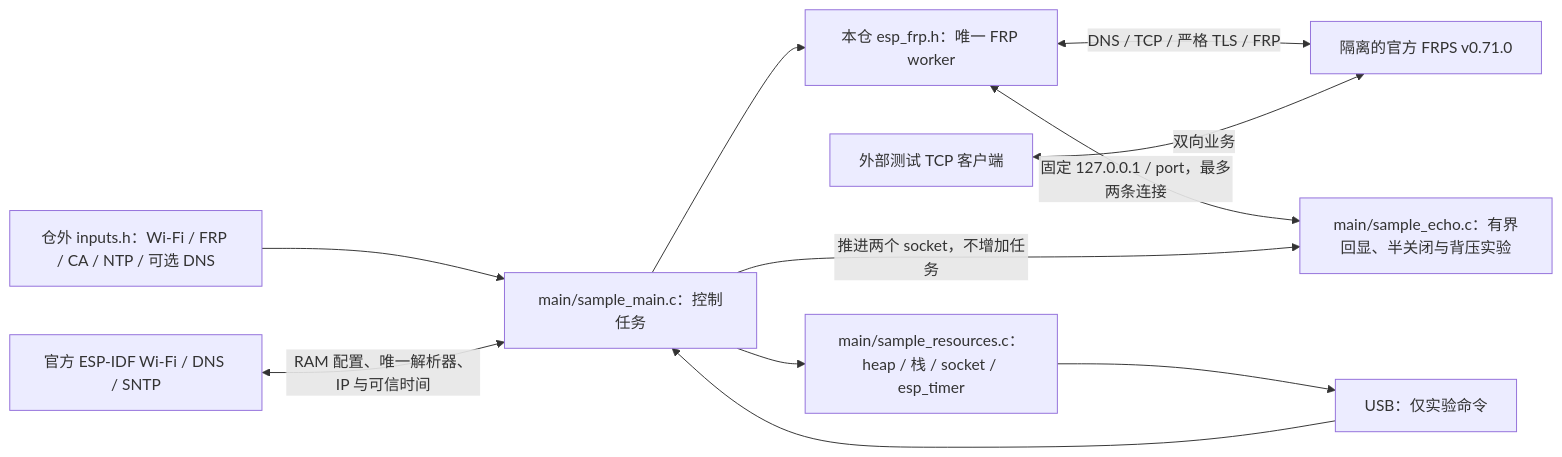
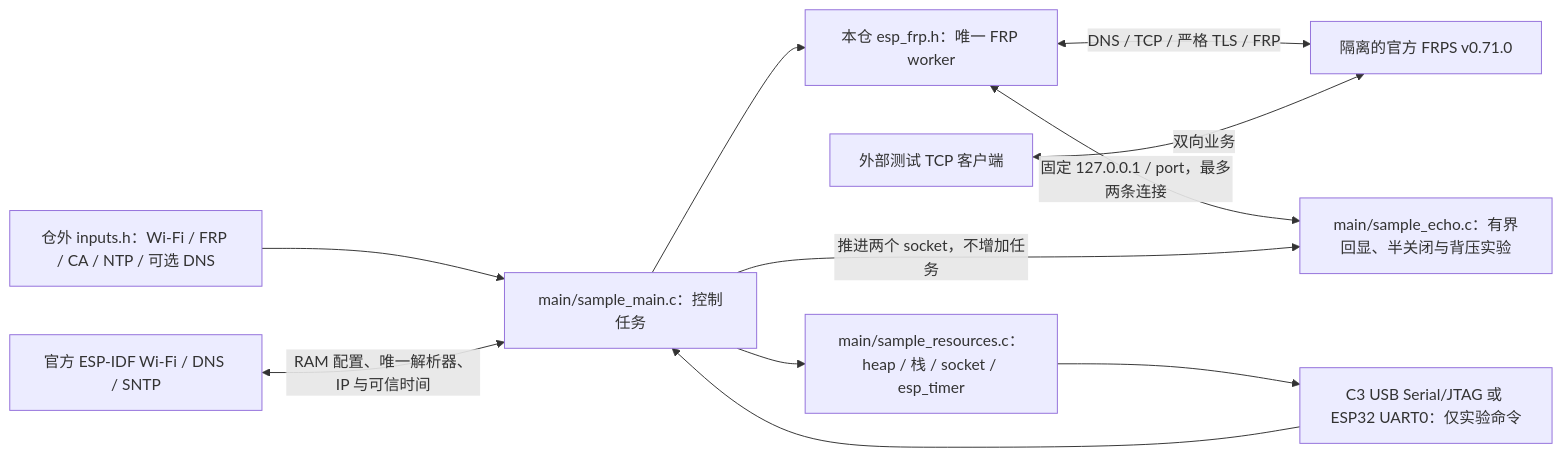
Before and after one commit to darren-you/esp-frp: the diagram in examples/tcp_proxy/README.md, drawn with Mermaid. The commit also changed other lines of this file and 16 other files, not shown here.

````diff
--- a/examples/tcp_proxy/README.md
+++ b/examples/tcp_proxy/README.md
@@ -7,13 +7,13 @@
 ```mermaid
 flowchart LR
     input["仓外 inputs.h：Wi-Fi / FRP / CA / NTP / 可选 DNS"] --> main["main/sample_main.c：控制任务"]
     sdk["官方 ESP-IDF Wi-Fi / DNS / SNTP"] <-->|"RAM 配置、唯一解析器、IP 与可信时间"| main
     main --> client["本仓 esp_frp.h：唯一 FRP worker"]
     client <-->|"DNS / TCP / 严格 TLS / FRP"| frps["隔离的官方 FRPS v0.71.0"]
     test["外部测试 TCP 客户端"] <-->|"双向业务"| frps
     client <-->|"固定 127.0.0.1 / port，最多两条连接"| echo["main/sample_echo.c：有界回显、半关闭与背压实验"]
     main -->|"推进两个 socket，不增加任务"| echo
     main --> resource["main/sample_resources.c：heap / 栈 / socket / esp_timer"]
-    usb["USB：仅实验命令"] --> main
-    resource --> usb
+    serial["C3 USB Serial/JTAG 或 ESP32 UART0：仅实验命令"] --> main
+    resource --> serial
 ```
````
